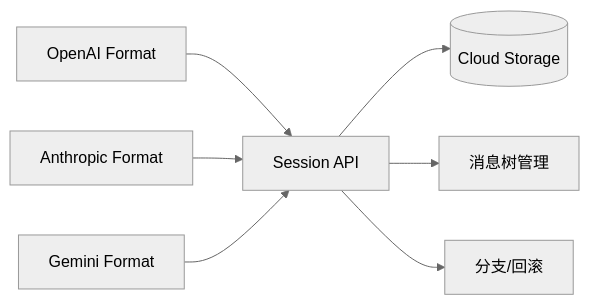
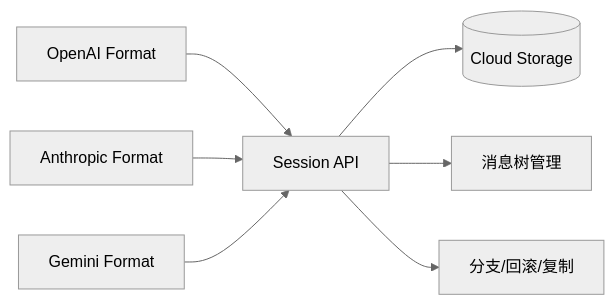
One commit to HScarb/Acontext changed the fourth of 12 diagrams in docs/comments/huawei-agent-context-design.md. Above: the diagram before and after it, drawn with Mermaid (neutral theme). The commit also changed other lines of this file, not shown here.

````diff
--- a/docs/comments/huawei-agent-context-design.md
+++ b/docs/comments/huawei-agent-context-design.md
@@ -133,9 +153,9 @@
 ```mermaid
 graph LR
     A[OpenAI Format] --> S[Session API]
     B[Anthropic Format] --> S
     C[Gemini Format] --> S
     S --> D[(Cloud Storage)]
     S --> E[消息树管理]
-    S --> F[分支/回滚]
+    S --> F[分支/回滚/复制]
 ```
````
